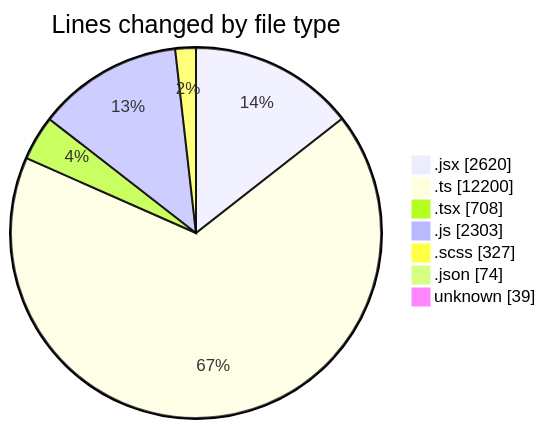
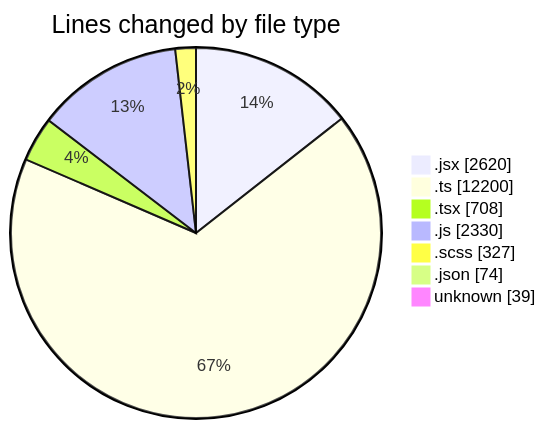
The first of 2 diagrams in 2025-06-05/cda/README.md (momahboobian/code-tracking), drawn with Mermaid before and after one commit. The commit also changed other lines of this file and 1 other file, not shown here.

````diff
--- a/2025-06-05/cda/README.md
+++ b/2025-06-05/cda/README.md
@@ -52,11 +52,11 @@
 ```mermaid
 pie showData
 title Lines changed by file type
 ".jsx" : 2620
 ".ts" : 12200
 ".tsx" : 708
-".js" : 2303
+".js" : 2330
 ".scss" : 327
 ".json" : 74
 "unknown" : 39
 ```
````
